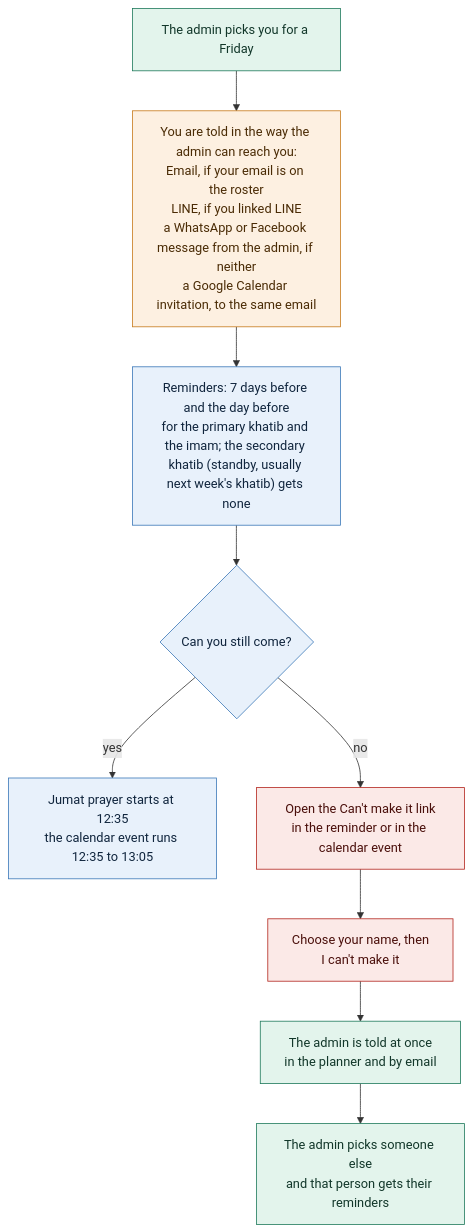
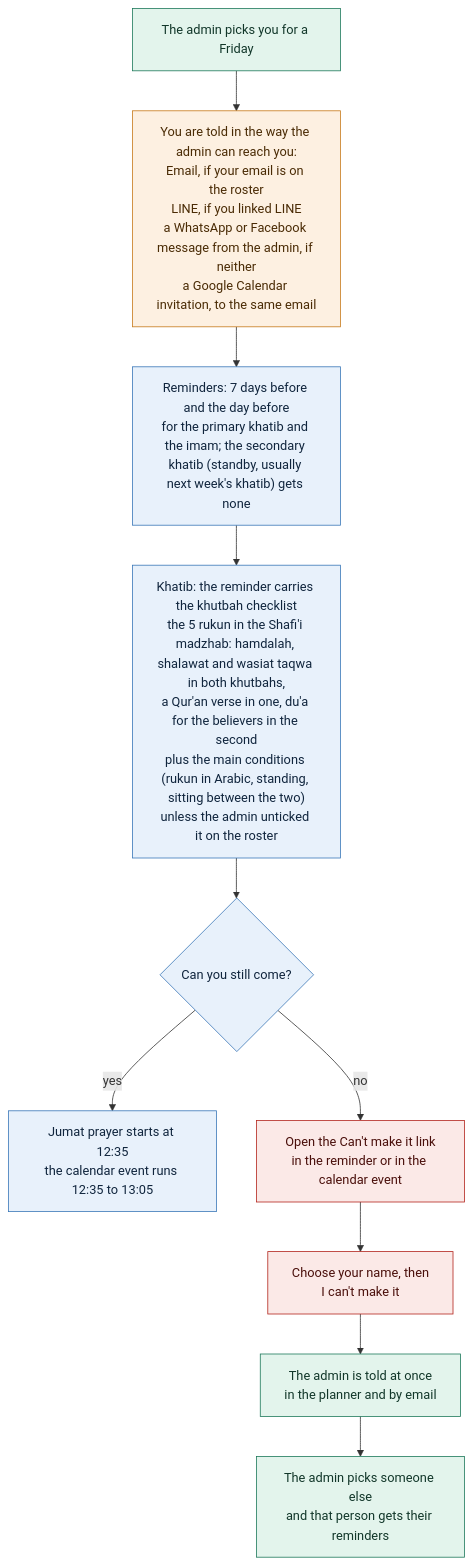
Before and after one commit to mushaffarasyidridha/Jumat-Scheduler-NAIST: the diagram in public/flows/member-scheduled.mmd, drawn with Mermaid. The commit also changed 16 other files, not shown here.

First line of the commit message:
Khatib reminders carry the khutbah checklist (5 rukun, Shafi'i)

```diff
--- a/public/flows/member-scheduled.mmd
+++ b/public/flows/member-scheduled.mmd
@@ -1,18 +1,19 @@
 flowchart TD
   A["The admin picks you for a Friday"] --> B["You are told in the way the admin can reach you:<br/>Email, if your email is on the roster<br/>LINE, if you linked LINE<br/>a WhatsApp or Facebook message from the admin, if neither<br/>a Google Calendar invitation, to the same email"]
   B --> C["Reminders: 7 days before and the day before<br/>for the primary khatib and the imam; the secondary khatib (standby, usually next week's khatib) gets none"]
-  C --> D{"Can you still come?"}
+  C --> K["Khatib: the reminder carries the khutbah checklist<br/>the 5 rukun in the Shafi'i madzhab: hamdalah, shalawat and wasiat taqwa in both khutbahs,<br/>a Qur'an verse in one, du'a for the believers in the second<br/>plus the main conditions (rukun in Arabic, standing, sitting between the two)<br/>unless the admin unticked it on the roster"]
+  K --> D{"Can you still come?"}
   D -->|"yes"| E["Jumat prayer starts at 12:35<br/>the calendar event runs 12:35 to 13:05"]
   D -->|"no"| F["Open the Can't make it link<br/>in the reminder or in the calendar event"]
   F --> G["Choose your name, then<br/>I can't make it"]
   G --> H["The admin is told at once<br/>in the planner and by email"]
   H --> I["The admin picks someone else<br/>and that person gets their reminders"]
 
   classDef member fill:#e8f1fb,stroke:#3b78b8,color:#10253d
   classDef admin fill:#e3f4ec,stroke:#1f7a5c,color:#12372a
   classDef out fill:#fdf0e1,stroke:#c77b1c,color:#4a2b05
   classDef warn fill:#fbe9e7,stroke:#b3261e,color:#4a0f0b
   class A,H,I admin
-  class C,D,E member
+  class C,D,E,K member
   class B out
   class F,G warn
```
